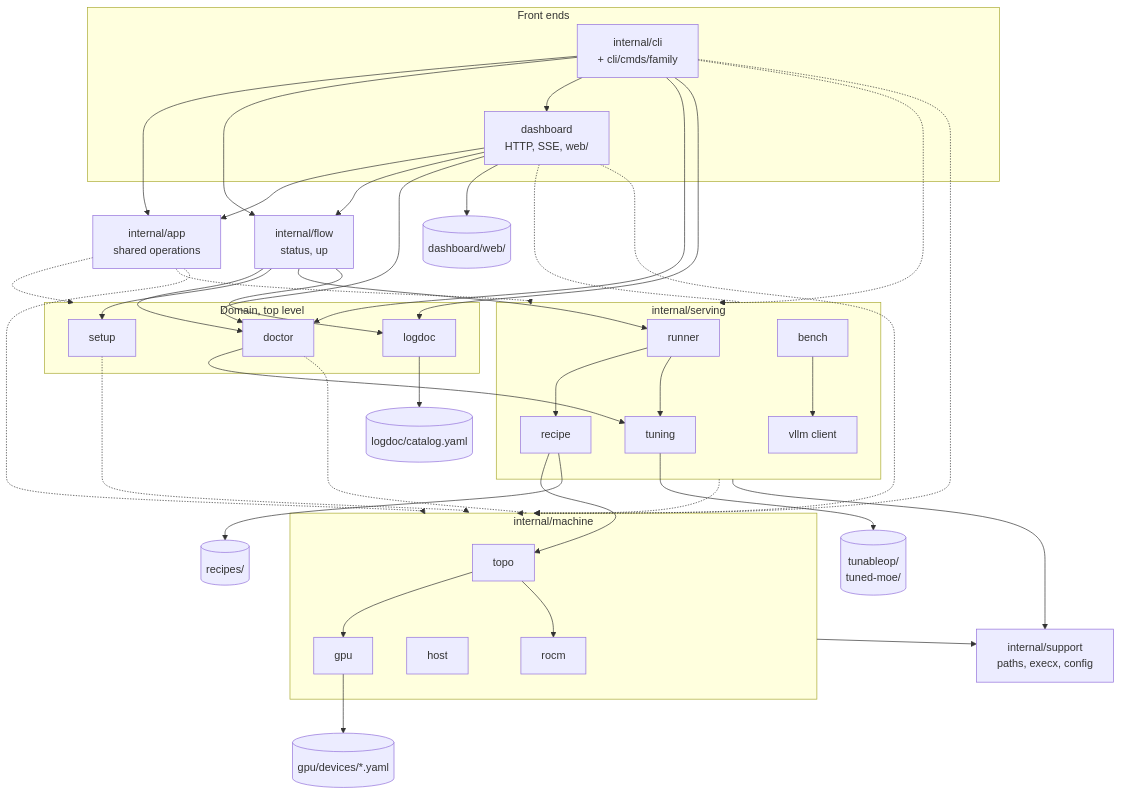
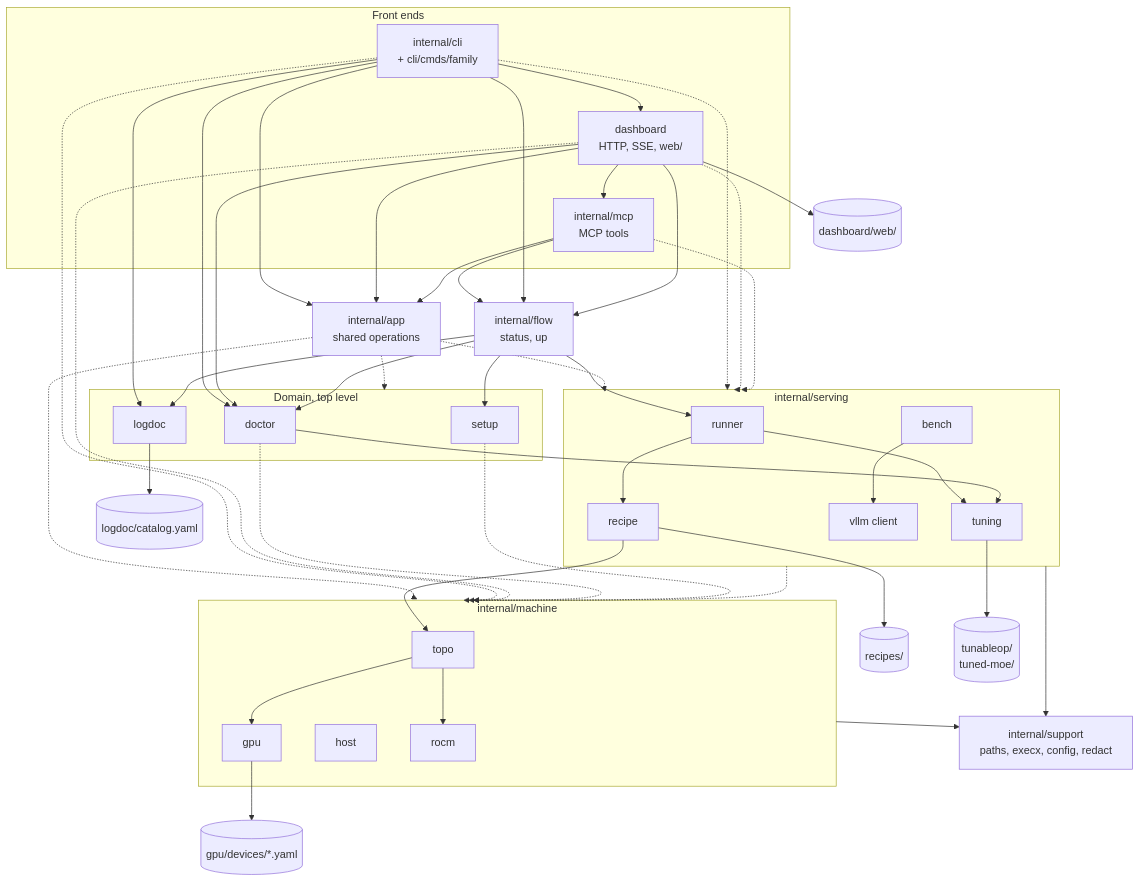
One commit to opengfx1030/bernie changed the first of 6 diagrams in docs/architecture.md. Above: the diagram before and after it, drawn with Mermaid. The commit also changed other lines of this file and 12 other files, not shown here.

First line of the commit message:
mcp: read-only tools over the official Go SDK, spec section 13

````diff
--- a/docs/architecture.md
+++ b/docs/architecture.md
@@ -20,69 +20,74 @@
 ```mermaid
 flowchart TB
   subgraph front["Front ends"]
     CLI["internal/cli<br/>+ cli/cmds/family"]
     DASH["dashboard<br/>HTTP, SSE, web/"]
+    MCP["internal/mcp<br/>MCP tools"]
   end
   APP["internal/app<br/>shared operations"]
   FLOW["internal/flow<br/>status, up"]
   subgraph top["Domain, top level"]
     DOC["doctor"]
     SET["setup"]
     LOG["logdoc"]
   end
   subgraph serving["internal/serving"]
     RUN["runner"]
     REC["recipe"]
     TUN["tuning"]
     BEN["bench"]
     VLLM["vllm client"]
   end
   subgraph machine["internal/machine"]
     TOPO["topo"]
     GPU["gpu"]
     HOST["host"]
     ROCM["rocm"]
   end
-  SUP["internal/support<br/>paths, execx, config"]
+  SUP["internal/support<br/>paths, execx, config, redact"]
   D1[("gpu/devices/*.yaml")]
   D2[("recipes/")]
   D3[("tunableop/<br/>tuned-moe/")]
   D4[("logdoc/catalog.yaml")]
   D5[("dashboard/web/")]
   CLI --> APP
   DASH --> APP
+  MCP --> APP
+  MCP --> FLOW
+  DASH --> MCP
   APP -.-> top
   APP -.-> serving
   APP -.-> machine
   CLI --> FLOW
   CLI --> DASH
   CLI --> DOC
   DASH --> FLOW
   CLI --> LOG
   DASH --> DOC
   FLOW --> DOC
   FLOW --> SET
   FLOW --> RUN
   FLOW --> LOG
   RUN --> REC
   RUN --> TUN
   REC --> TOPO
   DOC --> TUN
   TOPO --> GPU
   TOPO --> ROCM
   BEN --> VLLM
   CLI -.-> serving
   DASH -.-> serving
+  MCP -.-> serving
   CLI -.-> machine
   DASH -.-> machine
   DOC -.-> machine
   SET -.-> machine
   serving -.-> machine
   machine --> SUP
   serving --> SUP
   GPU --> D1
   REC --> D2
   TUN --> D3
   LOG --> D4
   DASH --> D5
 ```
````
